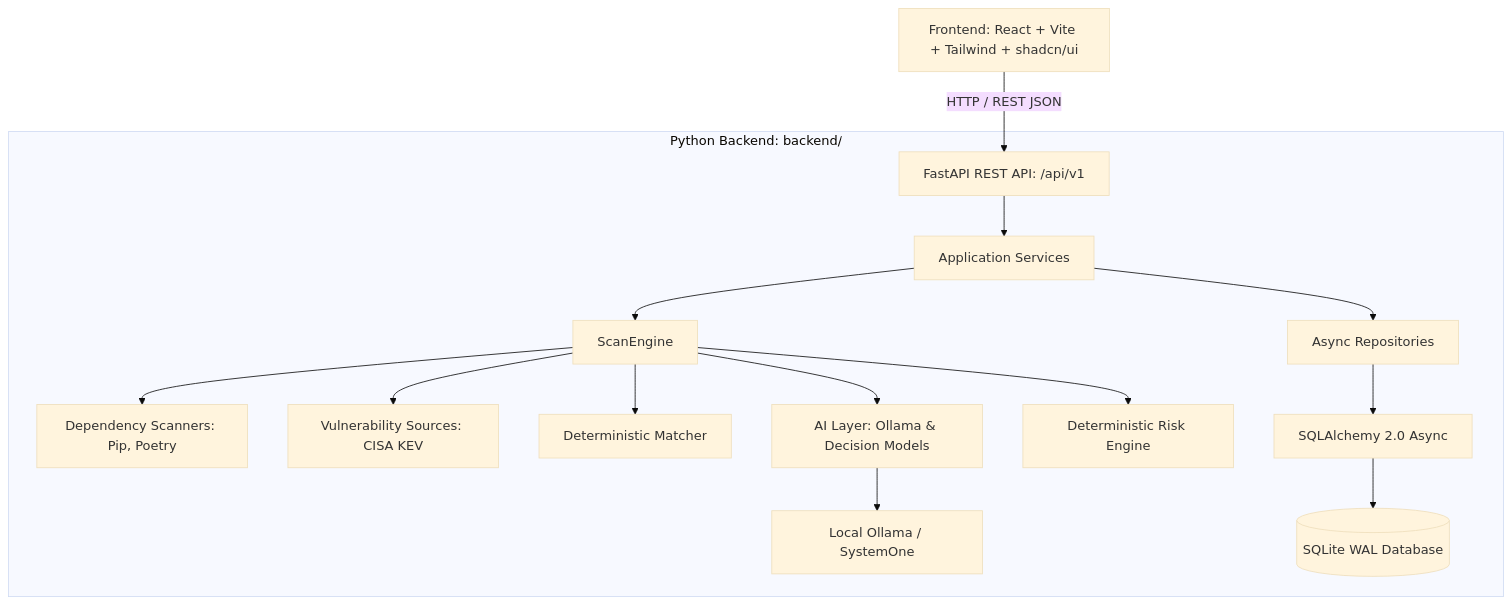
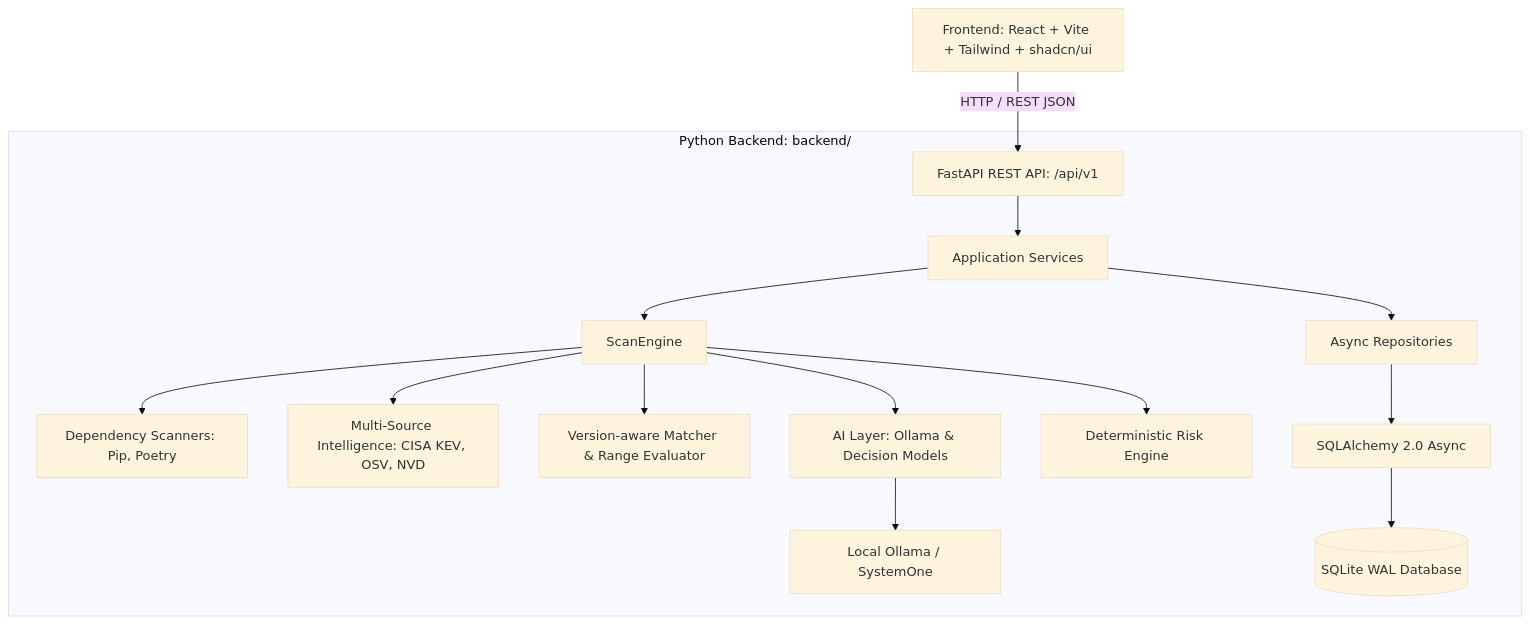
Before and after one commit to Alejandro03GG/Local-Vulnerabilty-Ai: the diagram in docs/architecture.md, drawn with Mermaid (base theme). The commit also changed other lines of this file and 255 other files, not shown here.

First line of the commit message:
feat: enhance vulnerability analysis with multi-source intelligence and improved API structure

````diff
--- a/docs/architecture.md
+++ b/docs/architecture.md
@@ -18,22 +18,22 @@
 ```mermaid
 graph TD
     UI[Frontend: React + Vite + Tailwind + shadcn/ui] -->|HTTP / REST JSON| API[FastAPI REST API: /api/v1]
     
     subgraph Backend [Python Backend: backend/]
         API --> SVC[Application Services]
         SVC --> ENGINE[ScanEngine]
         SVC --> REPO[Async Repositories]
         
         ENGINE --> SCANNERS[Dependency Scanners: Pip, Poetry]
-        ENGINE --> SOURCES[Vulnerability Sources: CISA KEV]
-        ENGINE --> MATCHER[Deterministic Matcher]
+        ENGINE --> SOURCES[Multi-Source Intelligence: CISA KEV, OSV, NVD]
+        ENGINE --> MATCHER[Version-aware Matcher & Range Evaluator]
         
         ENGINE --> AI_LAYER[AI Layer: Ollama & Decision Models]
         ENGINE --> RISK_ENGINE[Deterministic Risk Engine]
         
         AI_LAYER --> LLM[Local Ollama / SystemOne]
         
         REPO --> ORM[SQLAlchemy 2.0 Async]
         ORM --> DB[(SQLite WAL Database)]
     end
 ```
````
